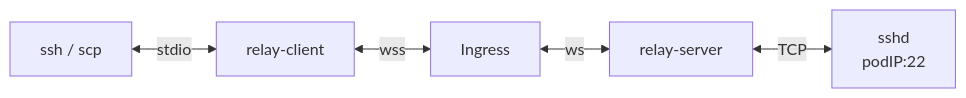
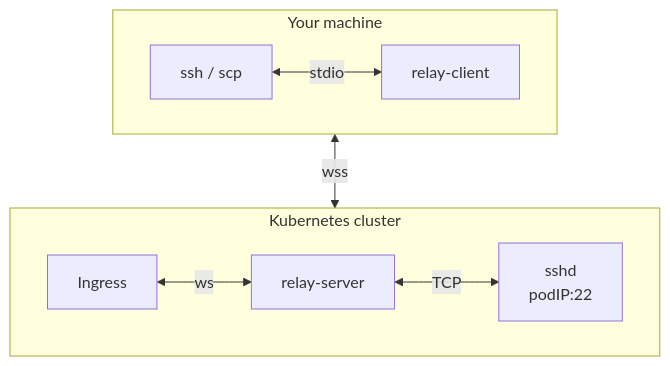
One commit to fqix/k8s-pod-ssh-relay changed the first of 3 diagrams in README.md. Above: the diagram before and after it, drawn with Mermaid. The commit also changed other lines of this file and 1 other file, not shown here.

First line of the commit message:
docs(readme): lay out flowcharts in rows instead of one long line

````diff
--- a/README.md
+++ b/README.md
@@ -7,7 +7,12 @@
 ```mermaid
-flowchart LR
-  ssh["ssh / scp"] <-->|stdio| client["relay-client"]
-  client <-->|wss| ingress["Ingress"]
-  ingress <-->|ws| relay["relay-server"]
-  relay <-->|TCP| sshd["sshd<br/>podIP:22"]
+flowchart TB
+  subgraph local["Your machine"]
+    direction LR
+    ssh["ssh / scp"] <-->|stdio| client["relay-client"]
+  end
+  subgraph cluster["Kubernetes cluster"]
+    direction LR
+    ingress["Ingress"] <-->|ws| relay["relay-server"] <-->|TCP| sshd["sshd<br/>podIP:22"]
+  end
+  local <-->|wss| cluster
 ```
````
